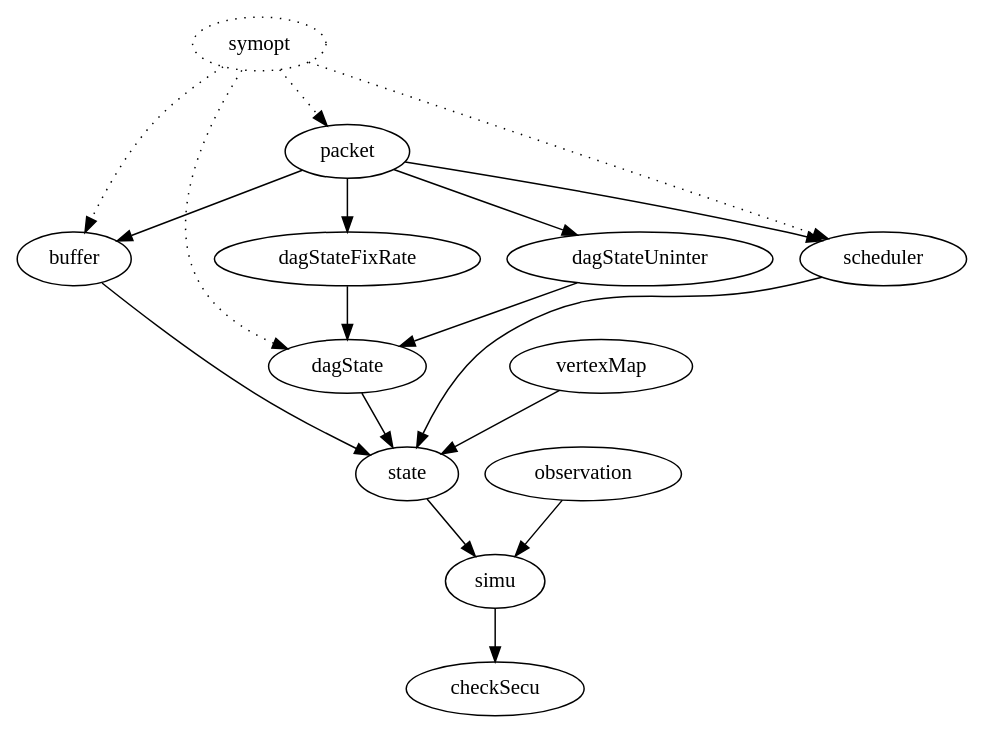
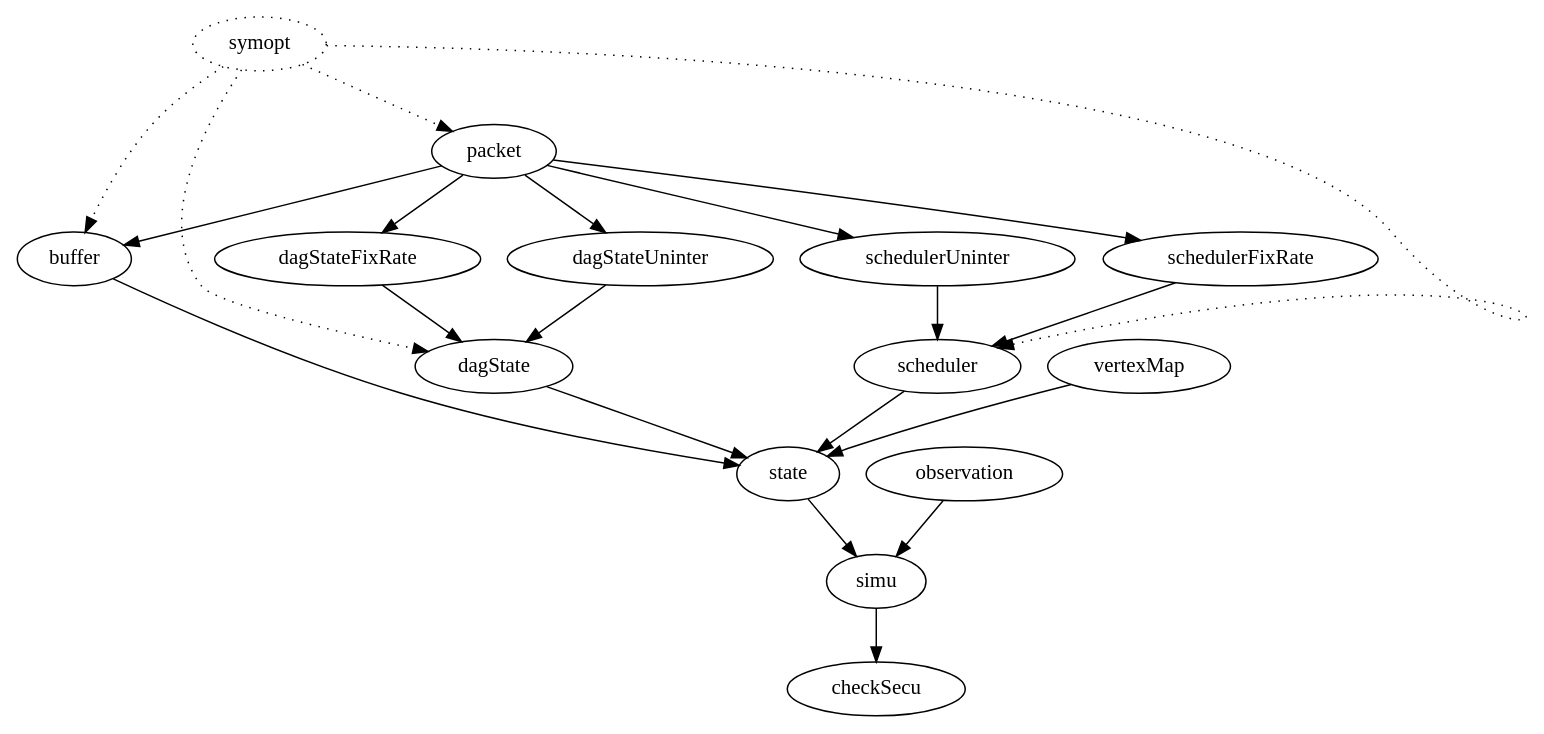
One commit to CSAIL-Arch-Sec/DAGguise-verification changed the diagram in doc/fileHierarchy.gv. Above: the diagram before and after it, drawn with Graphviz. The commit also changed 6 other files, not shown here.

```diff
--- a/doc/fileHierarchy.gv
+++ b/doc/fileHierarchy.gv
@@ -1,28 +1,32 @@
 digraph G {
 
   "symopt" [style="dotted"];
   "symopt" -> "packet" [style="dotted"];
   "symopt" -> "buffer" [style="dotted"];
   "symopt" -> "dagState" [style="dotted"];
   "symopt" -> "scheduler" [style="dotted"];
 
 
   "packet" -> "buffer";
   "packet" -> "dagStateFixRate";
   "packet" -> "dagStateUninter";
-  "packet" -> "scheduler";
+  "packet" -> "schedulerFixRate";
+  "packet" -> "schedulerUninter";
+
+  "schedulerFixRate" -> "scheduler";
+  "schedulerUninter" -> "scheduler";
 
   "dagStateFixRate" -> "dagState";
   "dagStateUninter" -> "dagState";
   
 
   "dagState" -> "state";
   "buffer" -> "state";
   "vertexMap" -> "state";
   "scheduler" -> "state";
 
   "state" -> "simu";
   "observation" -> "simu";
 
   "simu" -> "checkSecu";
 }
```
